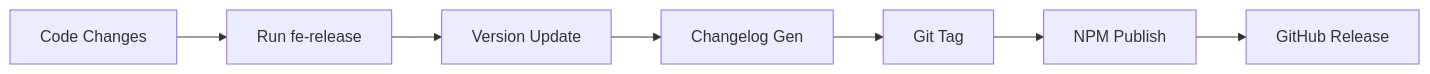
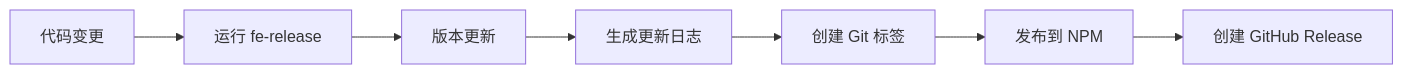
Before and after one commit to qlover/fe-base: the first of 2 diagrams in packages/fe-release/README.md, drawn with Mermaid. The commit also changed other lines of this file and 6 other files, not shown here.

````diff
--- a/packages/fe-release/README.md
+++ b/packages/fe-release/README.md
@@ -154,9 +186,9 @@
 ```mermaid
 graph LR
-    A[Code Changes] --> B[Run fe-release]
-    B --> C[Version Update]
-    C --> D[Changelog Gen]
-    D --> E[Git Tag]
-    E --> F[NPM Publish]
-    F --> G[GitHub Release]
+    A[代码变更] --> B[运行 fe-release]
+    B --> C[版本更新]
+    C --> D[生成更新日志]
+    D --> E[创建 Git 标签]
+    E --> F[发布到 NPM]
+    F --> G[创建 GitHub Release]
 ```
````
